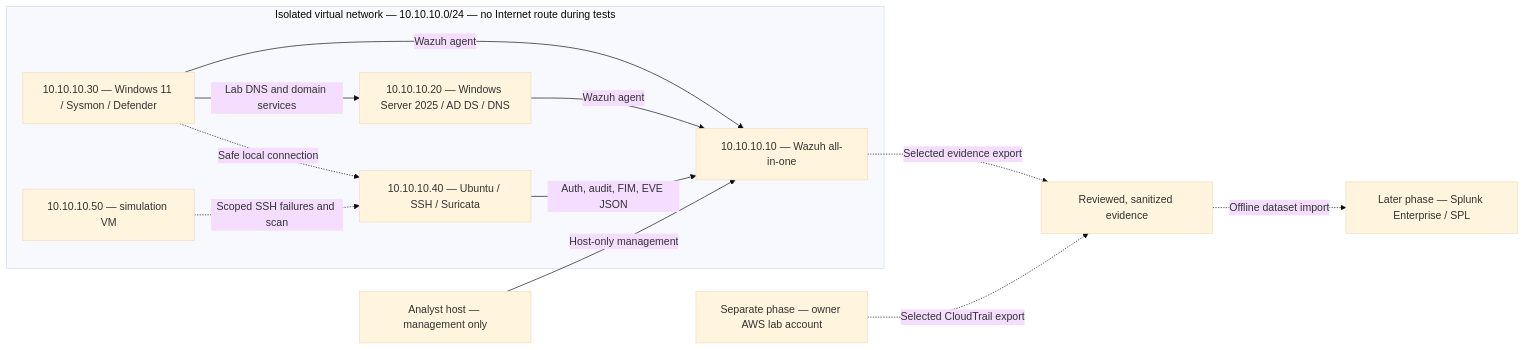
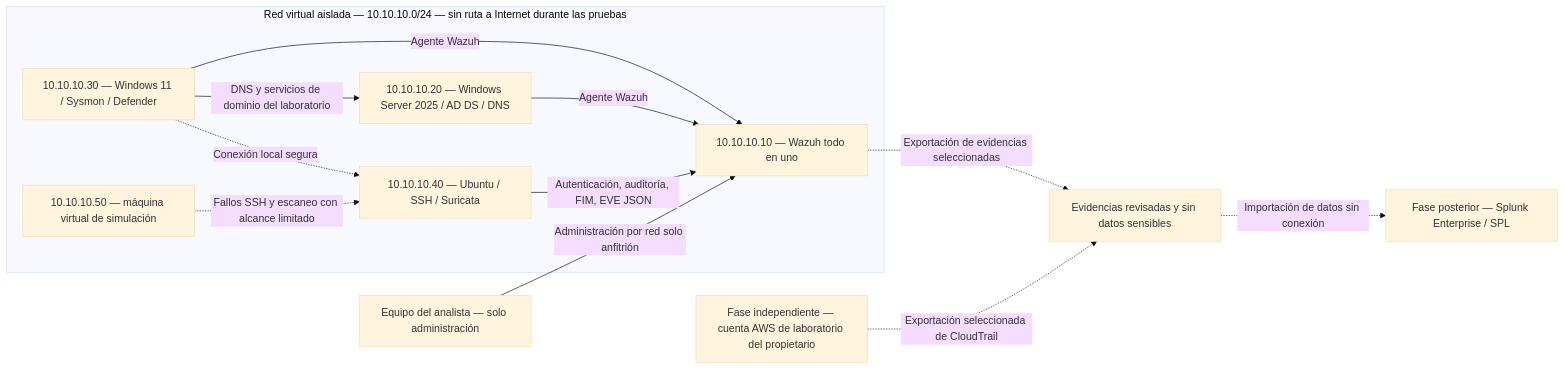
The diagram in README.md (Alponses/SOC-Blue-Team-Lab), drawn with Mermaid (base theme) before and after one commit. The commit also changed other lines of this file and 1 other file, not shown here.

````diff
--- a/README.md
+++ b/README.md
@@ -13,24 +13,24 @@
 ```mermaid
 flowchart LR
-    analyst["Analyst host — management only"]
-    subgraph lab["Isolated virtual network — 10.10.10.0/24 — no Internet route during tests"]
-        wazuh["10.10.10.10 — Wazuh all-in-one"]
+    analyst["Equipo del analista — solo administración"]
+    subgraph lab["Red virtual aislada — 10.10.10.0/24 — sin ruta a Internet durante las pruebas"]
+        wazuh["10.10.10.10 — Wazuh todo en uno"]
         dc["10.10.10.20 — Windows Server 2025 / AD DS / DNS"]
         win["10.10.10.30 — Windows 11 / Sysmon / Defender"]
         linux["10.10.10.40 — Ubuntu / SSH / Suricata"]
-        sim["10.10.10.50 — simulation VM"]
-        dc -->|Wazuh agent| wazuh
-        win -->|Wazuh agent| wazuh
-        linux -->|Auth, audit, FIM, EVE JSON| wazuh
-        win -->|Lab DNS and domain services| dc
-        sim -.->|Scoped SSH failures and scan| linux
-        win -.->|Safe local connection| linux
+        sim["10.10.10.50 — máquina virtual de simulación"]
+        dc -->|Agente Wazuh| wazuh
+        win -->|Agente Wazuh| wazuh
+        linux -->|Autenticación, auditoría, FIM, EVE JSON| wazuh
+        win -->|DNS y servicios de dominio del laboratorio| dc
+        sim -.->|Fallos SSH y escaneo con alcance limitado| linux
+        win -.->|Conexión local segura| linux
     end
-    analyst -->|Host-only management| wazuh
-    aws["Separate phase — owner AWS lab account"]
-    curated["Reviewed, sanitized evidence"]
-    splunk["Later phase — Splunk Enterprise / SPL"]
-    wazuh -.->|Selected evidence export| curated
-    aws -.->|Selected CloudTrail export| curated
-    curated -.->|Offline dataset import| splunk
+    analyst -->|Administración por red solo anfitrión| wazuh
+    aws["Fase independiente — cuenta AWS de laboratorio del propietario"]
+    curated["Evidencias revisadas y sin datos sensibles"]
+    splunk["Fase posterior — Splunk Enterprise / SPL"]
+    wazuh -.->|Exportación de evidencias seleccionadas| curated
+    aws -.->|Exportación seleccionada de CloudTrail| curated
+    curated -.->|Importación de datos sin conexión| splunk
 ```
````
